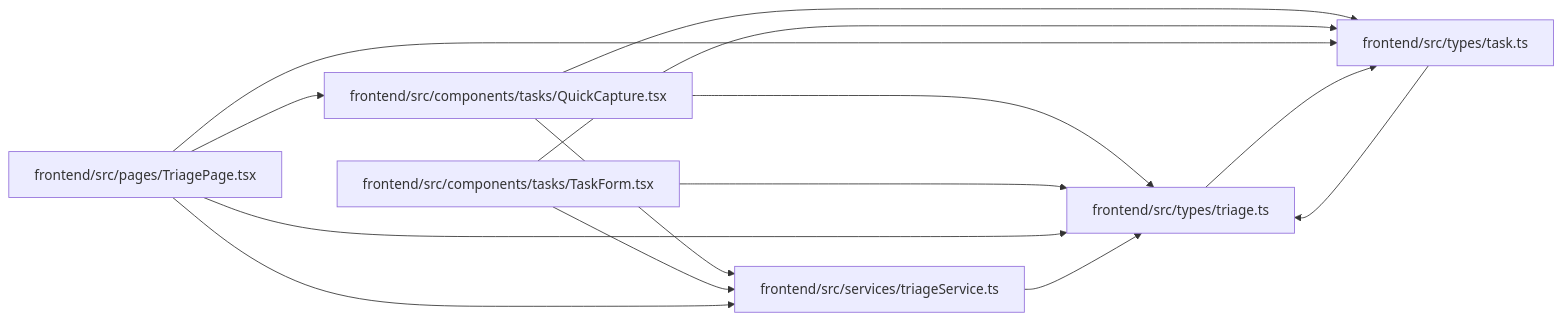
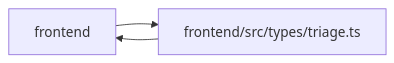
Before and after one commit to Denissvgn/WorkChord: the diagram in docs/llm_wiki/modules/types_triage.md, drawn with Mermaid. The commit also changed other lines of this file and 2373 other files, not shown here.

````diff
--- a/docs/llm_wiki/modules/types_triage.md
+++ b/docs/llm_wiki/modules/types_triage.md
@@ -26,28 +26,8 @@
 ```mermaid
 flowchart LR
-    n0["frontend/src/components/tasks/QuickCapture.tsx"]
-    n1["frontend/src/components/tasks/TaskForm.tsx"]
-    n2["frontend/src/pages/TriagePage.tsx"]
-    n3["frontend/src/services/triageService.ts"]
-    n4["frontend/src/types/task.ts"]
-    n5["frontend/src/types/triage.ts"]
-    n0 --> n3
-    n0 --> n4
-    n0 --> n5
-    n1 --> n3
-    n1 --> n4
-    n1 --> n5
-    n2 --> n0
-    n2 --> n3
-    n2 --> n4
-    n2 --> n5
-    n3 --> n5
-    n4 --> n5
-    n5 --> n4
-    click n0 "../modules/QuickCapture.md"
-    click n1 "../modules/TaskForm.md"
-    click n2 "../modules/TriagePage.md"
-    click n3 "../modules/triageService.md"
-    click n4 "../modules/types_task.md"
-    click n5 "../modules/types_triage.md"
+    n0["frontend"]
+    n1["frontend/src/types/triage.ts"]
+    n0 --> n1
+    n1 --> n0
+    click n1 "../modules/types_triage.md"
 ```
````
